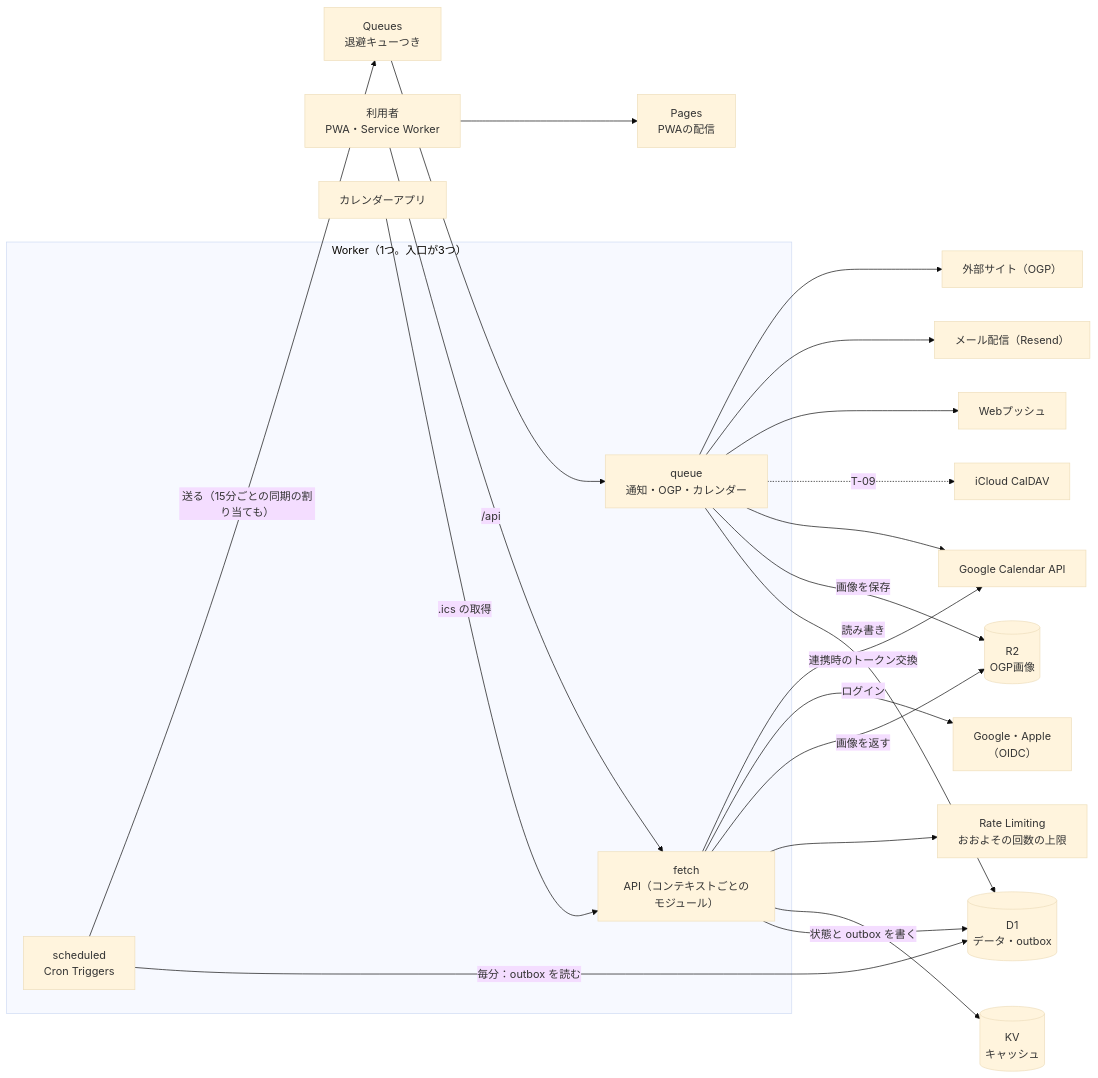
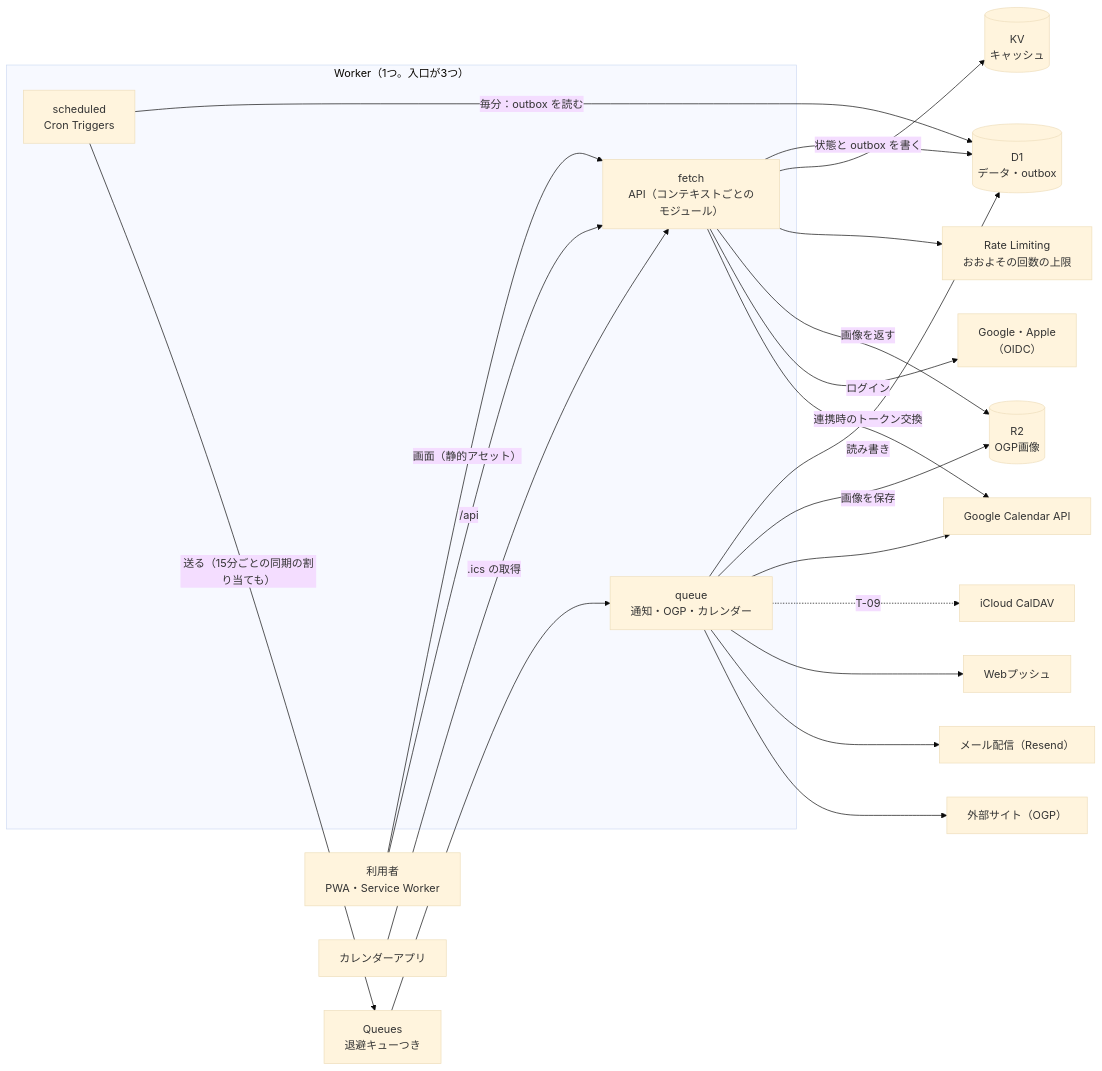
The second of 2 diagrams in docs/requirements.md (pryusei/kokohima-app), drawn with Mermaid (base theme) before and after one commit. The commit also changed other lines of this file and 40 other files, not shown here.

````diff
--- a/docs/requirements.md
+++ b/docs/requirements.md
@@ -106,27 +106,27 @@
 ```mermaid
 flowchart LR
-  U["利用者<br/>PWA・Service Worker"] --> P["Pages<br/>PWAの配信"]
+  U["利用者<br/>PWA・Service Worker"] -->|"画面（静的アセット）"| A
   CA["カレンダーアプリ"] -->|".ics の取得"| A
   subgraph W["Worker（1つ。入口が3つ）"]
     A["fetch<br/>API（コンテキストごとのモジュール）"]
     S["scheduled<br/>Cron Triggers"]
     C["queue<br/>通知・OGP・カレンダー"]
   end
   U -->|"/api"| A
   A -->|"状態と outbox を書く"| D1[("D1<br/>データ・outbox")]
   A --> KV[("KV<br/>キャッシュ")]
   A --> RL["Rate Limiting<br/>おおよその回数の上限"]
   A -->|"画像を返す"| R2[("R2<br/>OGP画像")]
   A -->|"ログイン"| ID["Google・Apple<br/>（OIDC）"]
   A -->|"連携時のトークン交換"| G
   S -->|"毎分：outbox を読む"| D1
   S -->|"送る（15分ごとの同期の割り当ても）"| Q["Queues<br/>退避キューつき"]
   Q --> C
   C -->|"読み書き"| D1
   C -->|"画像を保存"| R2
   C --> G["Google Calendar API"]
   C -.->|"T-09"| I["iCloud CalDAV"]
   C --> WP["Webプッシュ"]
   C --> M["メール配信（Resend）"]
   C --> SX["外部サイト（OGP）"]
 ```
````
